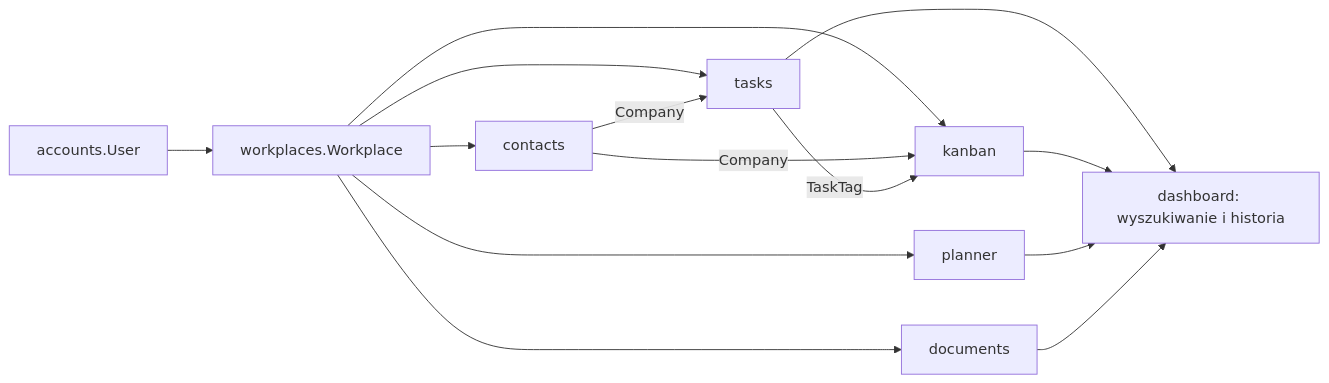
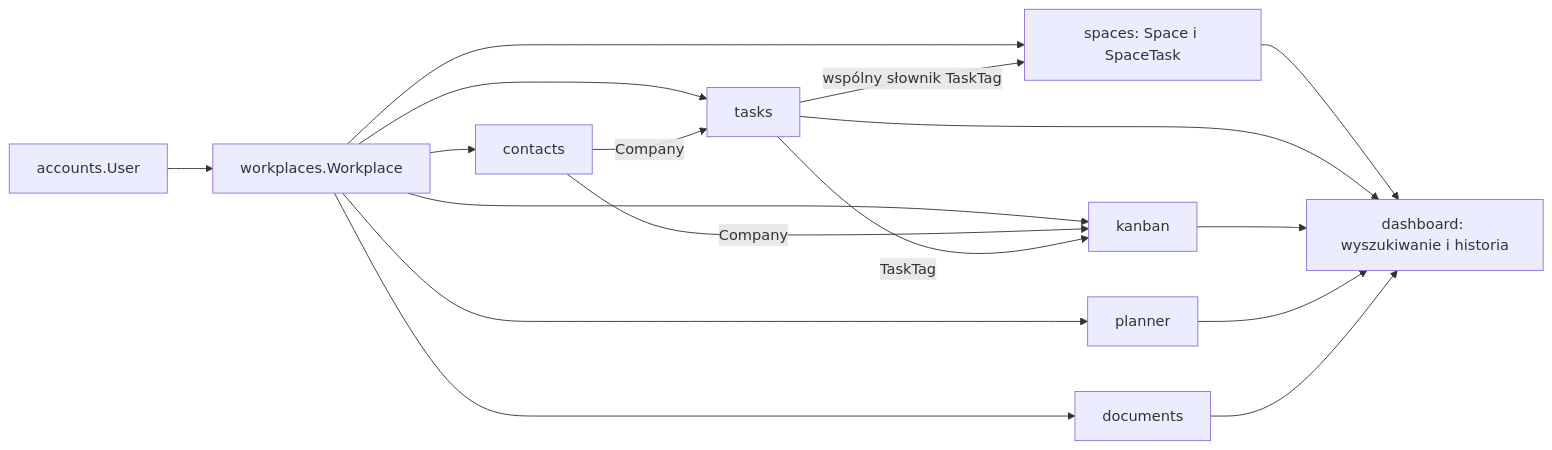
One commit to KreanOff/ancore changed the second of 2 diagrams in docs/ARCHITECTURE.md. Above: the diagram before and after it, drawn with Mermaid. The commit also changed other lines of this file and 96 other files, not shown here.

````diff
--- a/docs/ARCHITECTURE.md
+++ b/docs/ARCHITECTURE.md
@@ -97,16 +97,19 @@
 ```mermaid
 flowchart LR
     A[accounts.User] --> W[workplaces.Workplace]
+    W --> S[spaces: Space i SpaceTask]
     W --> T[tasks]
     W --> K[kanban]
     W --> C[contacts]
     W --> P[planner]
     W --> D[documents]
     C -->|Company| T
     C -->|Company| K
     T -->|TaskTag| K
+    T -->|wspólny słownik TaskTag| S
+    S --> H
     T --> H[dashboard: wyszukiwanie i historia]
     K --> H
     P --> H
     D --> H
 ```
````
